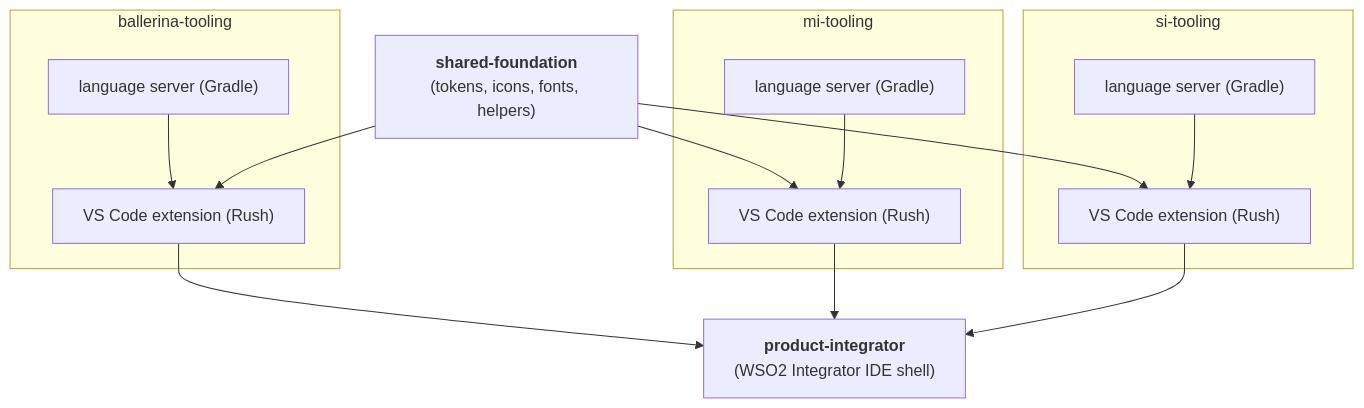
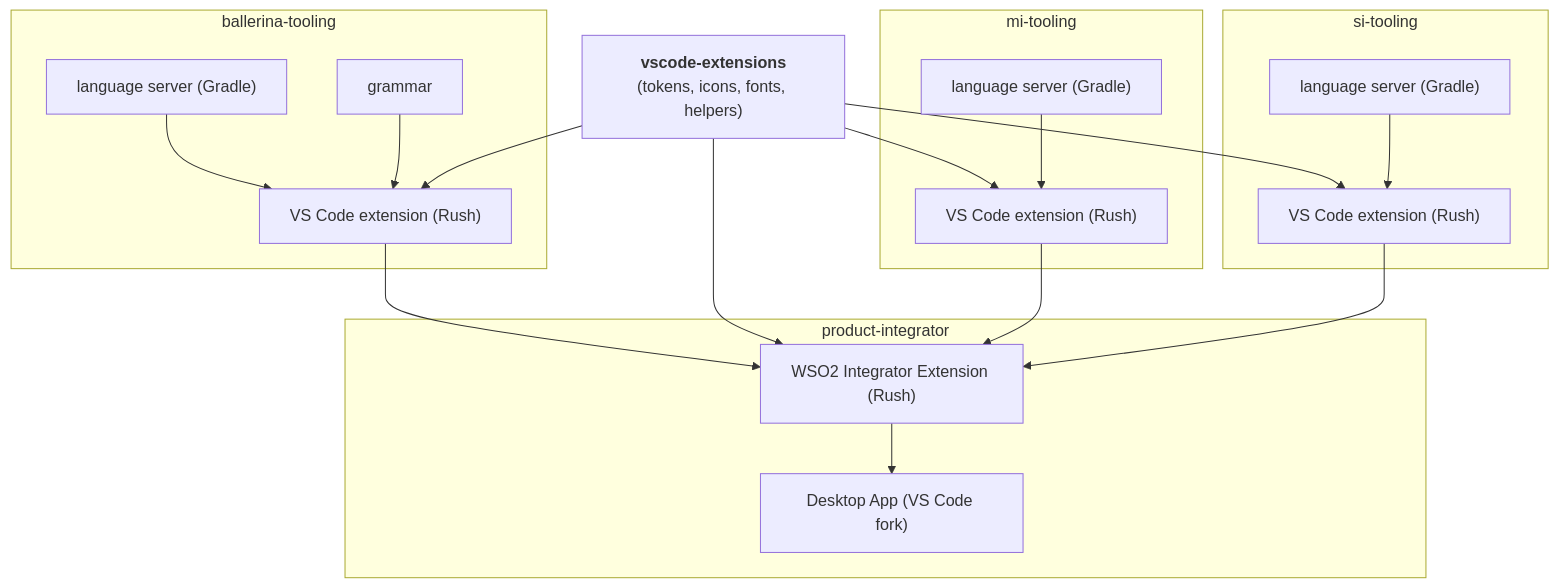
Before and after one commit to NipunaRanasinghe/wso2i-process-guides: the diagram in docs/01-repository-structure.md, drawn with Mermaid. The commit also changed other lines of this file and 4 other files, not shown here.

Commit message:
Enhance documentation for WSO2 Integrator processes:

````diff
--- a/docs/01-repository-structure.md
+++ b/docs/01-repository-structure.md
@@ -22,32 +22,39 @@
 ```mermaid
 graph TD
-    SF["<b>shared-foundation</b><br/>(tokens, icons, fonts, helpers)"]
+    SF["<b>vscode-extensions</b><br/>(tokens, icons, fonts, helpers)"]
 
     subgraph ballerina-tooling
         BT_LS["language server (Gradle)"]
+        BT_GR["grammar"]
         BT_EX["VS Code extension (Rush)"]
         BT_LS --> BT_EX
+        BT_GR --> BT_EX
     end
 
     subgraph mi-tooling
         MI_LS["language server (Gradle)"]
         MI_EX["VS Code extension (Rush)"]
         MI_LS --> MI_EX
     end
 
     subgraph si-tooling
         SI_LS["language server (Gradle)"]
         SI_EX["VS Code extension (Rush)"]
         SI_LS --> SI_EX
     end
 
-    PI["<b>product-integrator</b><br/>(WSO2 Integrator IDE shell)"]
+    subgraph product-integrator
+        PI_EX["WSO2 Integrator Extension (Rush)"]
+        PI_IDE["Desktop App (VS Code fork)"]
+        PI_EX --> PI_IDE
+    end
 
     SF --> BT_EX
     SF --> MI_EX
     SF --> SI_EX
+    SF --> PI_EX
 
-    BT_EX --> PI
-    MI_EX --> PI
-    SI_EX --> PI
+    BT_EX --> PI_EX
+    MI_EX --> PI_EX
+    SI_EX --> PI_EX
 ```
````
